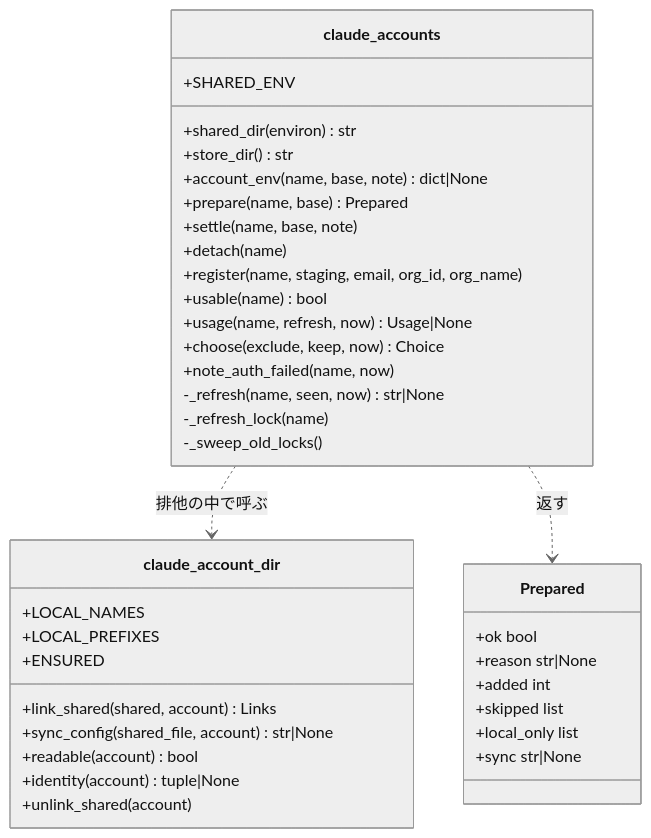
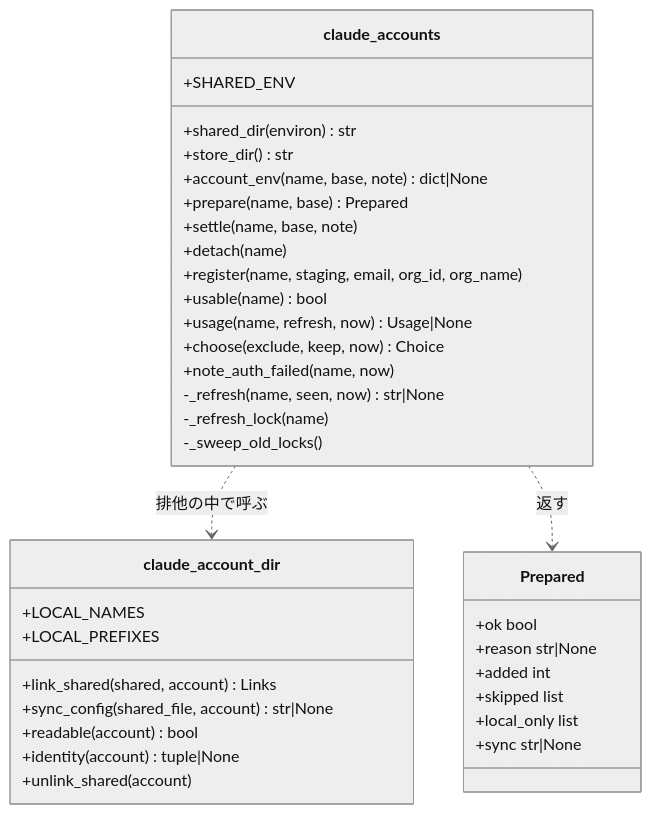
Before and after one commit to devbasex/ai-plugins: the first of 6 diagrams in issues/issue-1576-design-details.md, drawn with Mermaid (neutral theme). The commit also changed 1 other file, not shown here.

Commit message:
Refactor: remove_dead_code — plugins/ndf/scripts/lib/claude_account_dir.py#ENSURED
ENSURED は定義だけで、どこからも参照されていなかった（_ensure_shared は
projects と settings.json を直接作る）。定義を消し、コメントにあった理由
（無いまま起動すると claude がアカウント側に実体を作る）を _ensure_shared の
docstring へ移した。設計文書のクラス図からも同じ名前を外した。

Item-Id: I-002
Impl-Runtime: claude
Impl-Model: claude-fable-5-1

````diff
--- a/issues/issue-1576-design-details.md
+++ b/issues/issue-1576-design-details.md
@@ -11,40 +11,39 @@
 ```mermaid
 classDiagram
   class claude_accounts {
     +SHARED_ENV
     +shared_dir(environ) str
     +store_dir() str
     +account_env(name, base, note) dict|None
     +prepare(name, base) Prepared
     +settle(name, base, note)
     +detach(name)
     +register(name, staging, email, org_id, org_name)
     +usable(name) bool
     +usage(name, refresh, now) Usage|None
     +choose(exclude, keep, now) Choice
     +note_auth_failed(name, now)
     -_refresh(name, seen, now) str|None
     -_refresh_lock(name)
     -_sweep_old_locks()
   }
   class claude_account_dir {
     +LOCAL_NAMES
     +LOCAL_PREFIXES
-    +ENSURED
     +link_shared(shared, account) Links
     +sync_config(shared_file, account) str|None
     +readable(account) bool
     +identity(account) tuple|None
     +unlink_shared(account)
   }
   class Prepared {
     +ok bool
     +reason str|None
     +added int
     +skipped list
     +local_only list
     +sync str|None
   }
   claude_accounts ..> claude_account_dir: 排他の中で呼ぶ
   claude_accounts ..> Prepared: 返す
 ```
````
